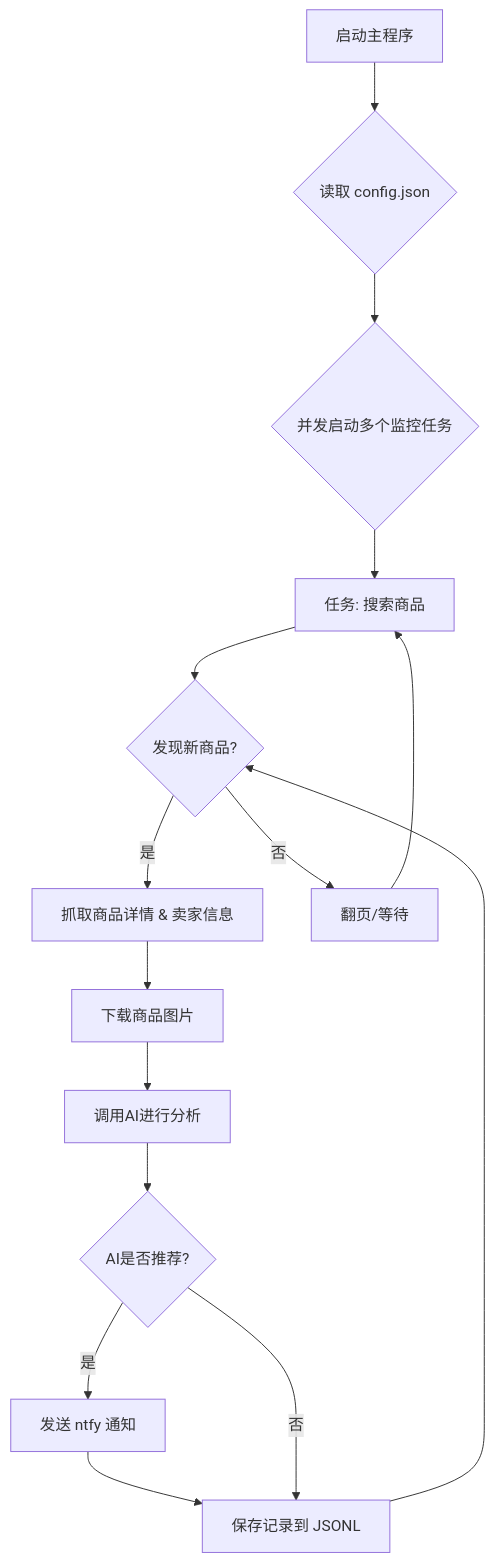
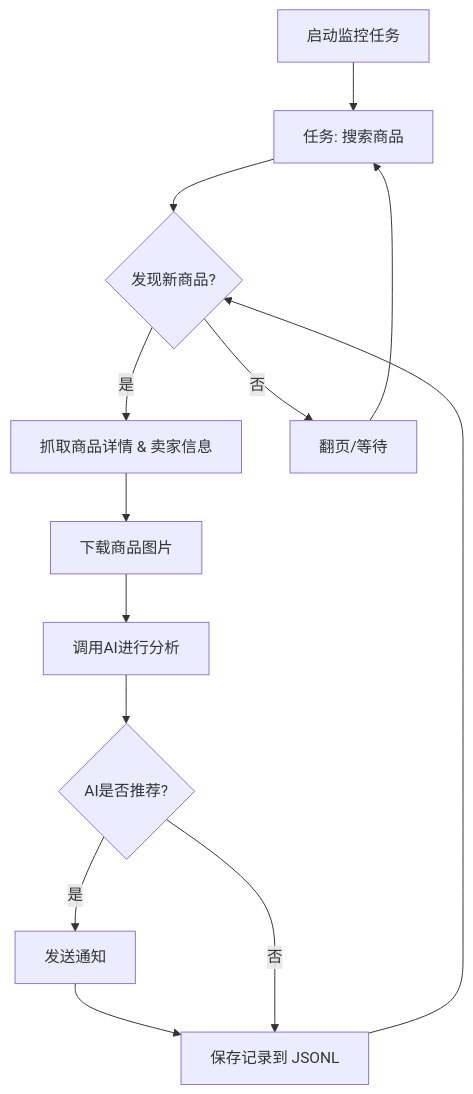
One commit to xlinkexe/ai-goofish-monitor changed the diagram in README.md. Above: the diagram before and after it, drawn with Mermaid. The commit also changed other lines of this file, not shown here.

Commit message:
feat(README): 增强功能描述并优化文档结构
- 新增定时任务调度和Docker一键部署功能描述。
- 更新通知方式，支持企业微信机器人。
- 优化Web UI功能介绍，包括任务可视化编辑与控制、结果智能筛选与排序、日志管理等。
- 完善工作流程图示及技术栈说明，明确各组件职责。

````diff
--- a/README.md
+++ b/README.md
@@ -188,17 +193,15 @@
 ```mermaid
 graph TD
-    A[启动主程序] --> B{读取 config.json};
-    B --> C{并发启动多个监控任务};
-    C --> D[任务: 搜索商品];
-    D --> E{发现新商品?};
-    E -- 是 --> F[抓取商品详情 & 卖家信息];
-    F --> G[下载商品图片];
-    G --> H[调用AI进行分析];
-    H --> I{AI是否推荐?};
-    I -- 是 --> J[发送 ntfy 通知];
-    J --> K[保存记录到 JSONL];
-    I -- 否 --> K;
-    E -- 否 --> L[翻页/等待];
-    L --> D;
-    K --> E;
+    A[启动监控任务] --> B[任务: 搜索商品];
+    B --> C{发现新商品?};
+    C -- 是 --> D[抓取商品详情 & 卖家信息];
+    D --> E[下载商品图片];
+    E --> F[调用AI进行分析];
+    F --> G{AI是否推荐?};
+    G -- 是 --> H[发送通知];
+    H --> I[保存记录到 JSONL];
+    G -- 否 --> I;
+    C -- 否 --> J[翻页/等待];
+    J --> B;
+    I --> C;
 ```
````
